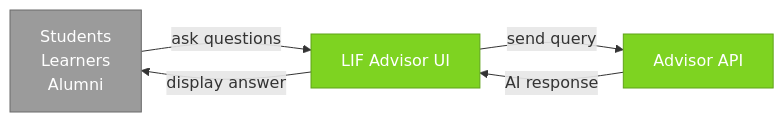
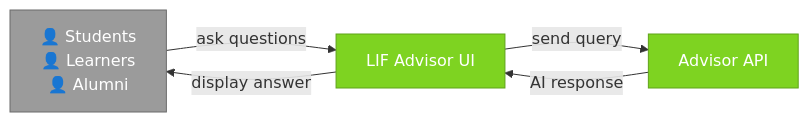
The eighth of 16 diagrams in docs/lif_services_overview.md (LIF-Initiative/lif-core), drawn with Mermaid before and after one commit. The commit also changed other lines of this file, not shown here.

Commit message:
docs: Update Advisor UI diagram

````diff
--- a/docs/lif_services_overview.md
+++ b/docs/lif_services_overview.md
@@ -332,17 +332,17 @@
 ```mermaid
 graph LR
-    Students[Students<br/>Learners<br/>Alumni]
+    Students[👤 Students<br/> 👤 Learners<br/> 👤 Alumni]
     AdvisorUI[LIF Advisor UI]
     Advisor[Advisor API]
     
     Students -->|ask questions| AdvisorUI
     AdvisorUI -->|send query| Advisor
     Advisor -->|AI response| AdvisorUI
     AdvisorUI -->|display answer| Students
     
     classDef intelStyle fill:#7ED321,stroke:#5FA319,color:#fff
     classDef extStyle fill:#9B9B9B,stroke:#6B6B6B,color:#fff
     
     class AdvisorUI,Advisor intelStyle
     class Students extStyle
 ```
````
